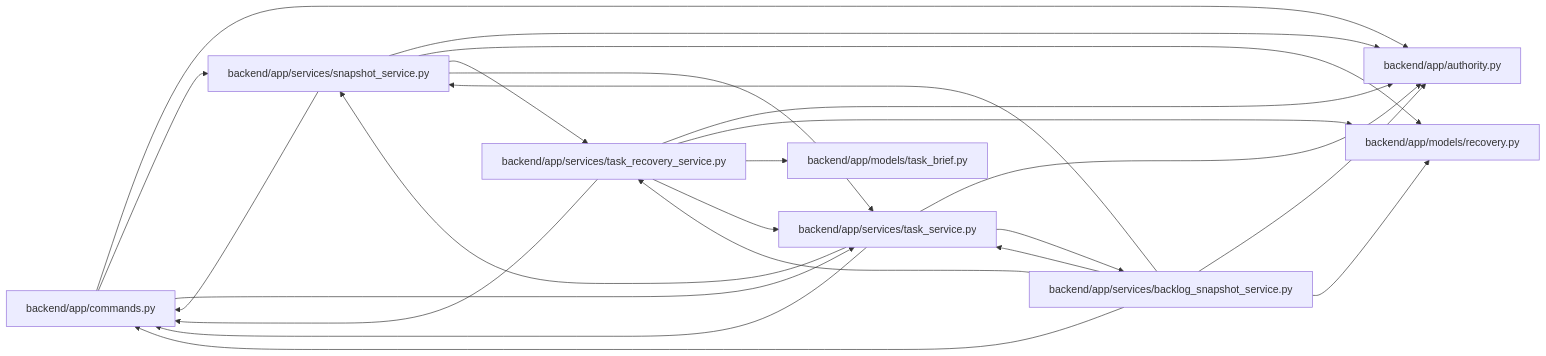
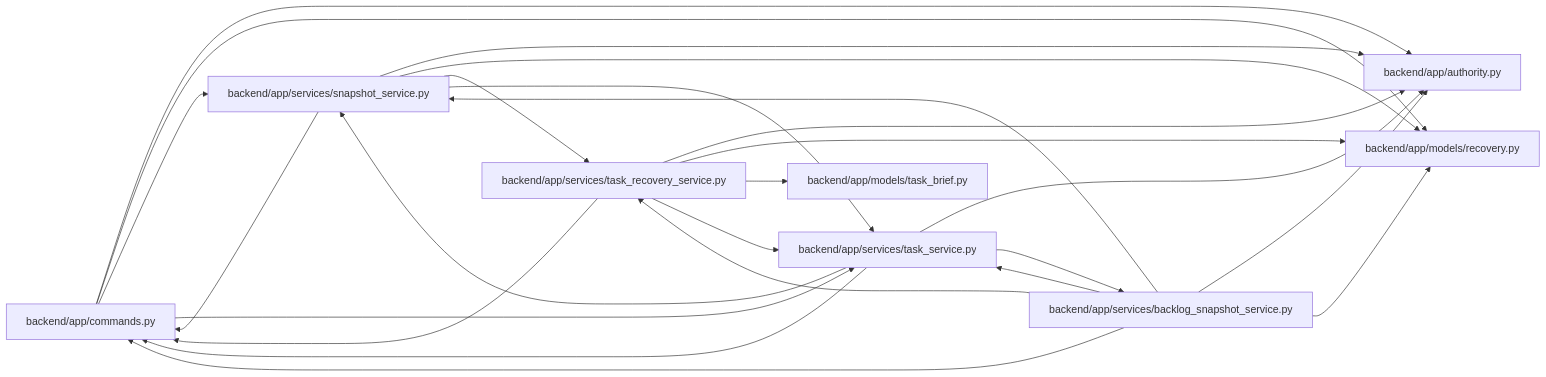
One commit to Denissvgn/WorkChord changed the diagram in docs/llm_wiki/modules/task_recovery_service.md. Above: the diagram before and after it, drawn with Mermaid. The commit also changed 868 other files, not shown here.

````diff
--- a/docs/llm_wiki/modules/task_recovery_service.md
+++ b/docs/llm_wiki/modules/task_recovery_service.md
@@ -25,42 +25,43 @@
 ```mermaid
 flowchart LR
     n0["backend/app/authority.py"]
     n1["backend/app/commands.py"]
     n2["backend/app/models/recovery.py"]
     n3["backend/app/models/task_brief.py"]
     n4["backend/app/services/backlog_snapshot_service.py"]
     n5["backend/app/services/snapshot_service.py"]
     n6["backend/app/services/task_recovery_service.py"]
     n7["backend/app/services/task_service.py"]
     n1 --> n0
+    n1 --> n2
     n1 --> n5
     n1 --> n7
     n4 --> n0
     n4 --> n1
     n4 --> n2
     n4 --> n5
     n4 --> n6
     n4 --> n7
     n5 --> n0
     n5 --> n1
     n5 --> n2
     n5 --> n6
     n5 --> n7
     n6 --> n0
     n6 --> n1
     n6 --> n2
     n6 --> n3
     n6 --> n7
     n7 --> n0
     n7 --> n1
     n7 --> n4
     n7 --> n5
     click n0 "../modules/authority.md"
     click n1 "../modules/commands.md"
     click n2 "../modules/recovery.md"
     click n3 "../modules/models_task_brief.md"
     click n4 "../modules/backlog_snapshot_service.md"
     click n5 "../modules/snapshot_service.md"
     click n6 "../modules/task_recovery_service.md"
     click n7 "../modules/task_service.md"
 ```
````
